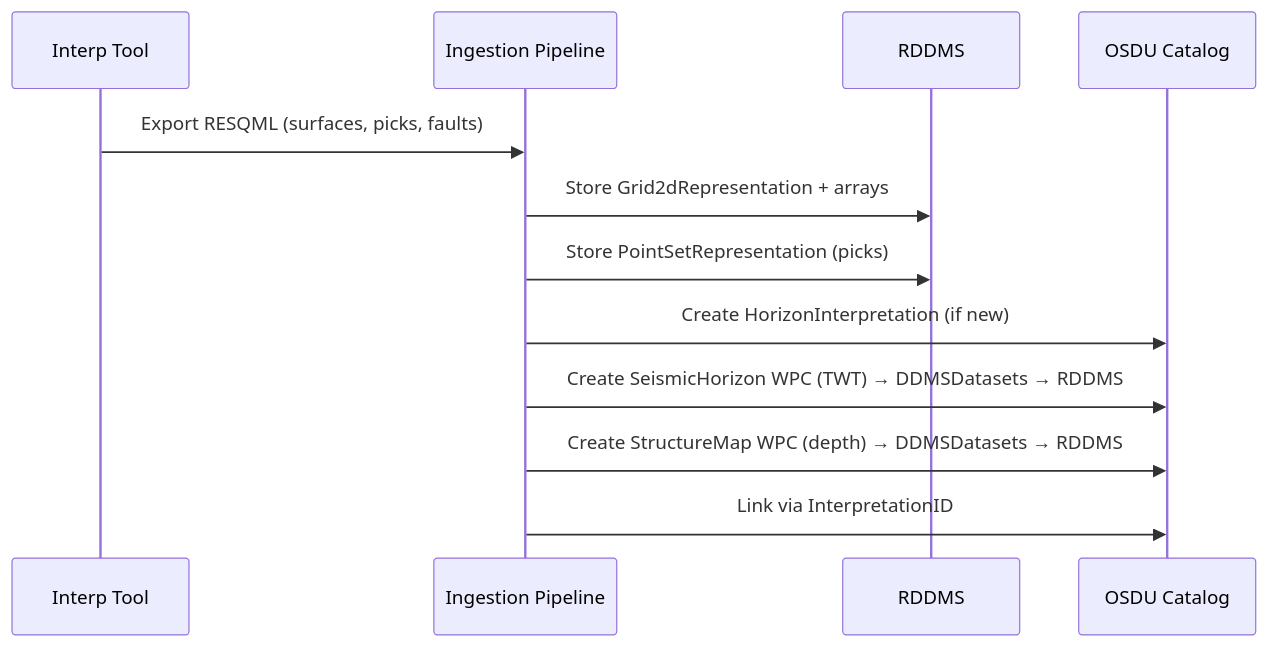
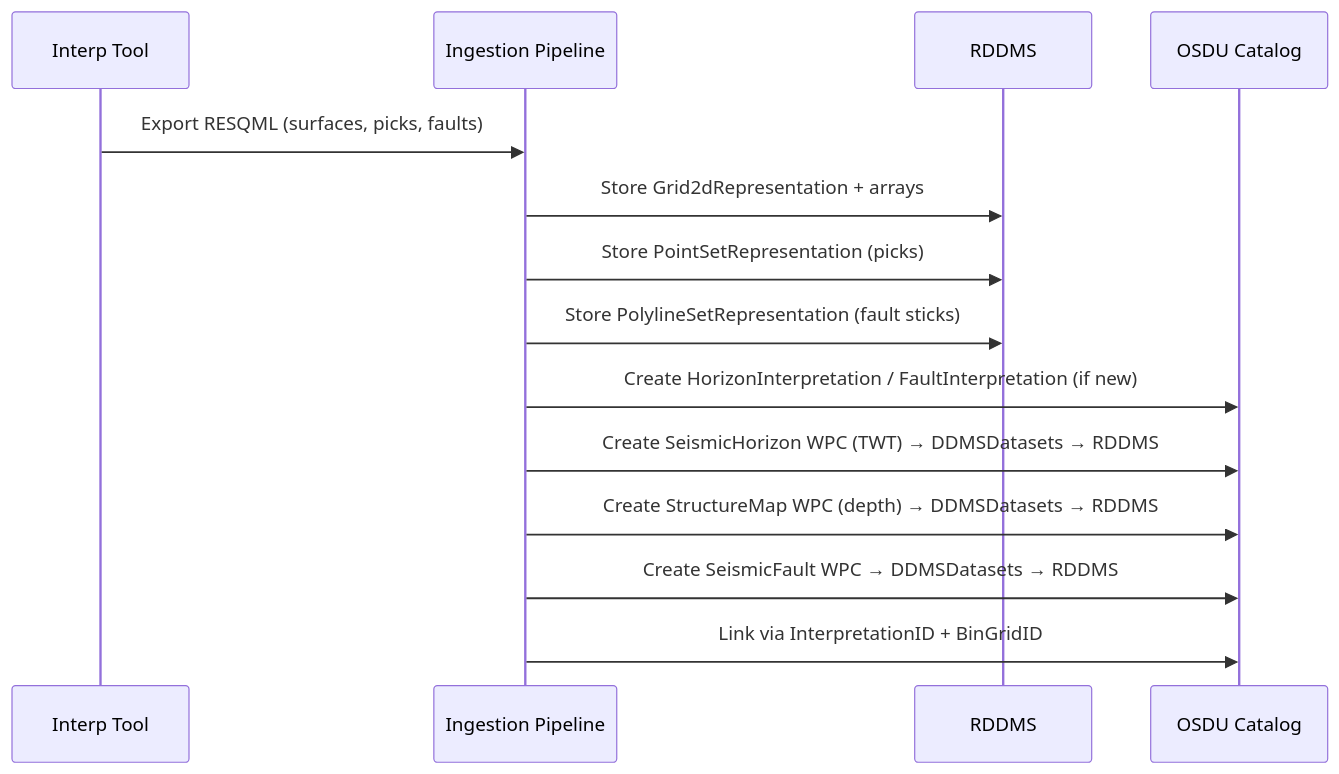
Before and after one commit to equinor/ores: the sixth of 8 diagrams in md/SeisInt.md, drawn with Mermaid. The commit also changed other lines of this file and 2 other files, not shown here.

````diff
--- a/md/SeisInt.md
+++ b/md/SeisInt.md
@@ -167,15 +264,17 @@
 ```mermaid
 sequenceDiagram
     participant Tool as Interp Tool
     participant Ingest as Ingestion Pipeline
     participant RDDMS as RDDMS
     participant OSDU as OSDU Catalog
 
     Tool->>Ingest: Export RESQML (surfaces, picks, faults)
     Ingest->>RDDMS: Store Grid2dRepresentation + arrays
     Ingest->>RDDMS: Store PointSetRepresentation (picks)
-    Ingest->>OSDU: Create HorizonInterpretation (if new)
+    Ingest->>RDDMS: Store PolylineSetRepresentation (fault sticks)
+    Ingest->>OSDU: Create HorizonInterpretation / FaultInterpretation (if new)
     Ingest->>OSDU: Create SeismicHorizon WPC (TWT) → DDMSDatasets → RDDMS
     Ingest->>OSDU: Create StructureMap WPC (depth) → DDMSDatasets → RDDMS
-    Ingest->>OSDU: Link via InterpretationID
+    Ingest->>OSDU: Create SeismicFault WPC → DDMSDatasets → RDDMS
+    Ingest->>OSDU: Link via InterpretationID + BinGridID
 ```
````
